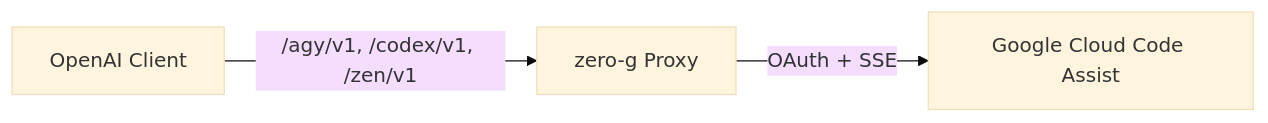
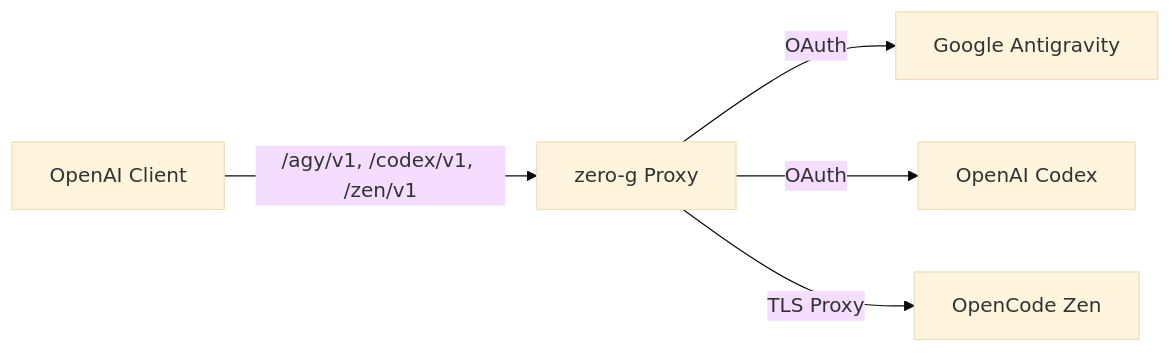
The diagram in README.md (Delnegend/zero-g), drawn with Mermaid (base theme) before and after one commit. The commit also changed other lines of this file, not shown here.

Commit message:
docs: fix code block fence and multi-provider architecture diagram in README.md

````diff
--- a/README.md
+++ b/README.md
@@ -56,5 +58,7 @@
 ```mermaid
 flowchart LR
     Client[OpenAI Client] -->|/agy/v1, /codex/v1, /zen/v1| ZeroG[zero-g Proxy]
-    ZeroG -->|OAuth + SSE| CloudCode[Google Cloud Code Assist]
+    ZeroG -->|OAuth| CCA[Google Antigravity]
+    ZeroG -->|OAuth| Codex[OpenAI Codex]
+    ZeroG -->|TLS Proxy| Zen[OpenCode Zen]
 ```
````
